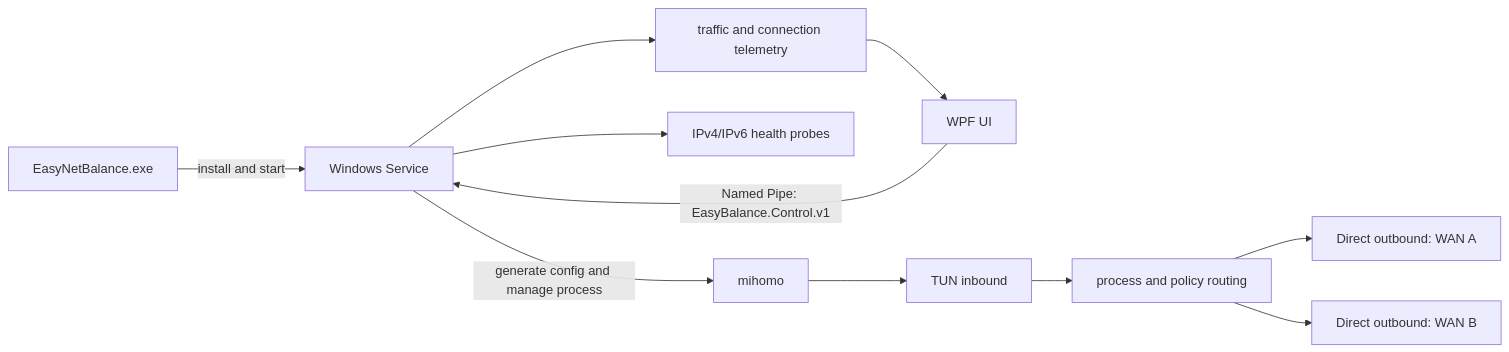
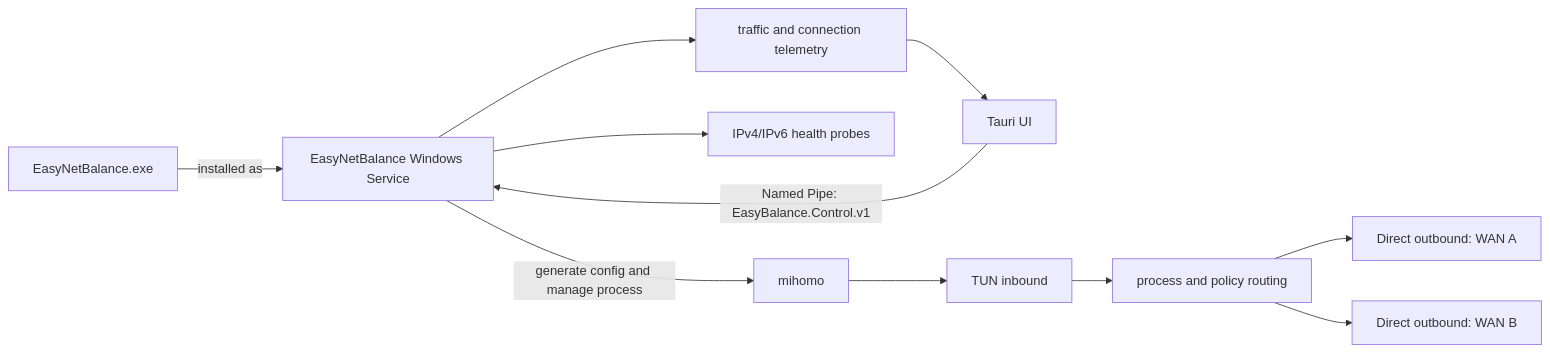
The diagram in README.md (jung233/EasyNetBalance), drawn with Mermaid before and after one commit. The commit also changed other lines of this file and 7 other files, not shown here.

````diff
--- a/README.md
+++ b/README.md
@@ -54,13 +54,13 @@
 ```mermaid
 flowchart LR
-    A[EasyNetBalance.exe] -->|install and start| B[Windows Service]
-    C[WPF UI] -->|Named Pipe: EasyBalance.Control.v1| B
+    A[EasyNetBalance.exe] -->|installed as| B[EasyNetBalance Windows Service]
+    C[Tauri UI] -->|Named Pipe: EasyBalance.Control.v1| B
     B -->|generate config and manage process| D[mihomo]
     D --> E[TUN inbound]
     E --> F[process and policy routing]
     F --> G[Direct outbound: WAN A]
     F --> H[Direct outbound: WAN B]
     B --> I[IPv4/IPv6 health probes]
     B --> J[traffic and connection telemetry]
     J --> C
 ```
````
